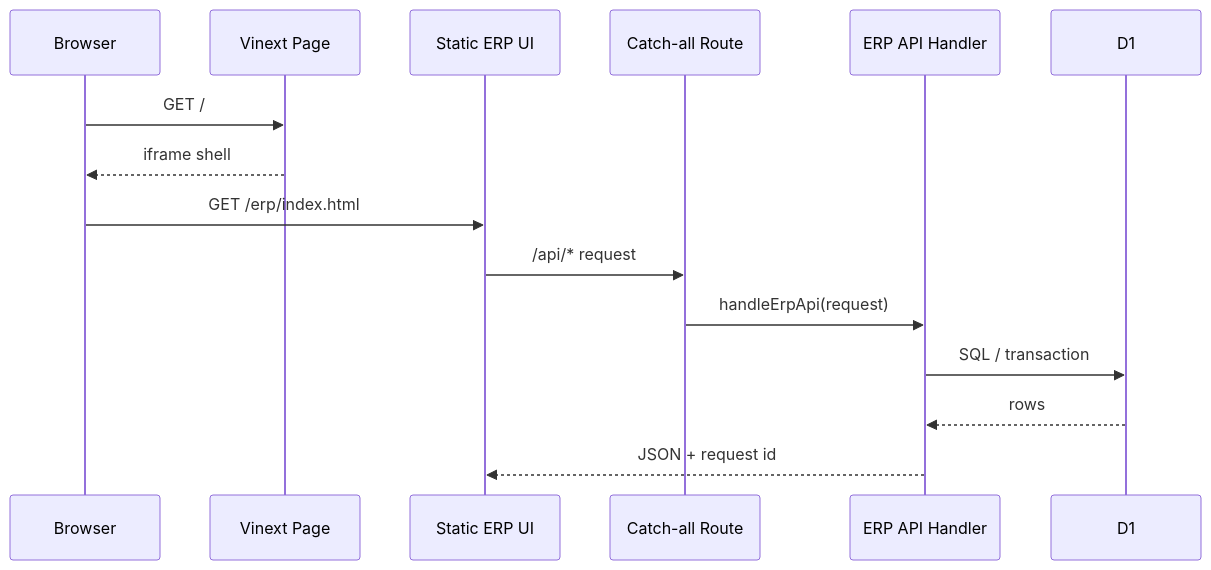
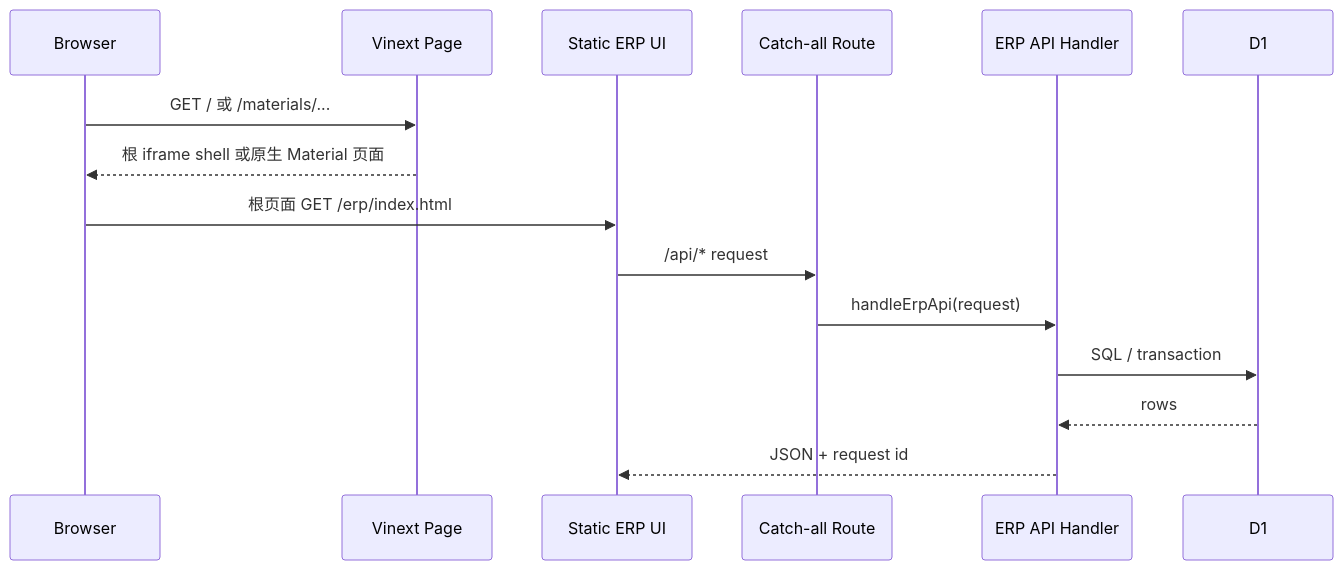
Before and after one commit to 3443176848/chenyida: the second of 6 diagrams in docs/project/ARCHITECTURE.md, drawn with Mermaid. The commit also changed other lines of this file and 28 other files, not shown here.

````diff
--- a/docs/project/ARCHITECTURE.md
+++ b/docs/project/ARCHITECTURE.md
@@ -42,17 +42,17 @@
 ```mermaid
 sequenceDiagram
     participant B as Browser
     participant P as Vinext Page
     participant S as Static ERP UI
     participant R as Catch-all Route
     participant H as ERP API Handler
     participant D as D1
-    B->>P: GET /
-    P-->>B: iframe shell
-    B->>S: GET /erp/index.html
+    B->>P: GET / 或 /materials/...
+    P-->>B: 根 iframe shell 或原生 Material 页面
+    B->>S: 根页面 GET /erp/index.html
     S->>R: /api/* request
     R->>H: handleErpApi(request)
     H->>D: SQL / transaction
     D-->>H: rows
     H-->>S: JSON + request id
 ```
````
